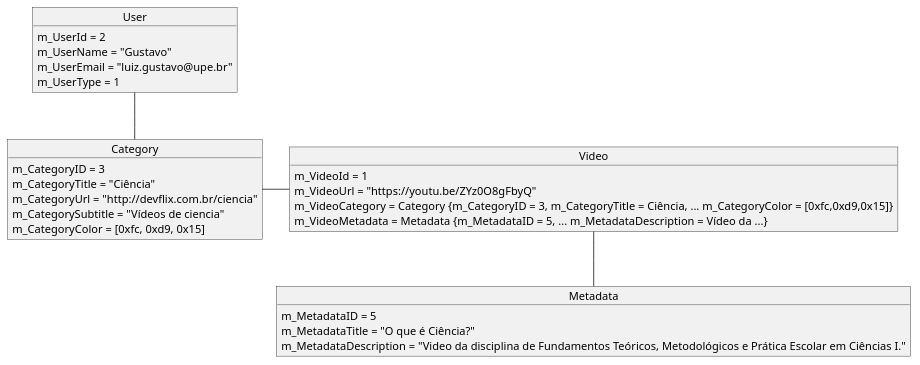
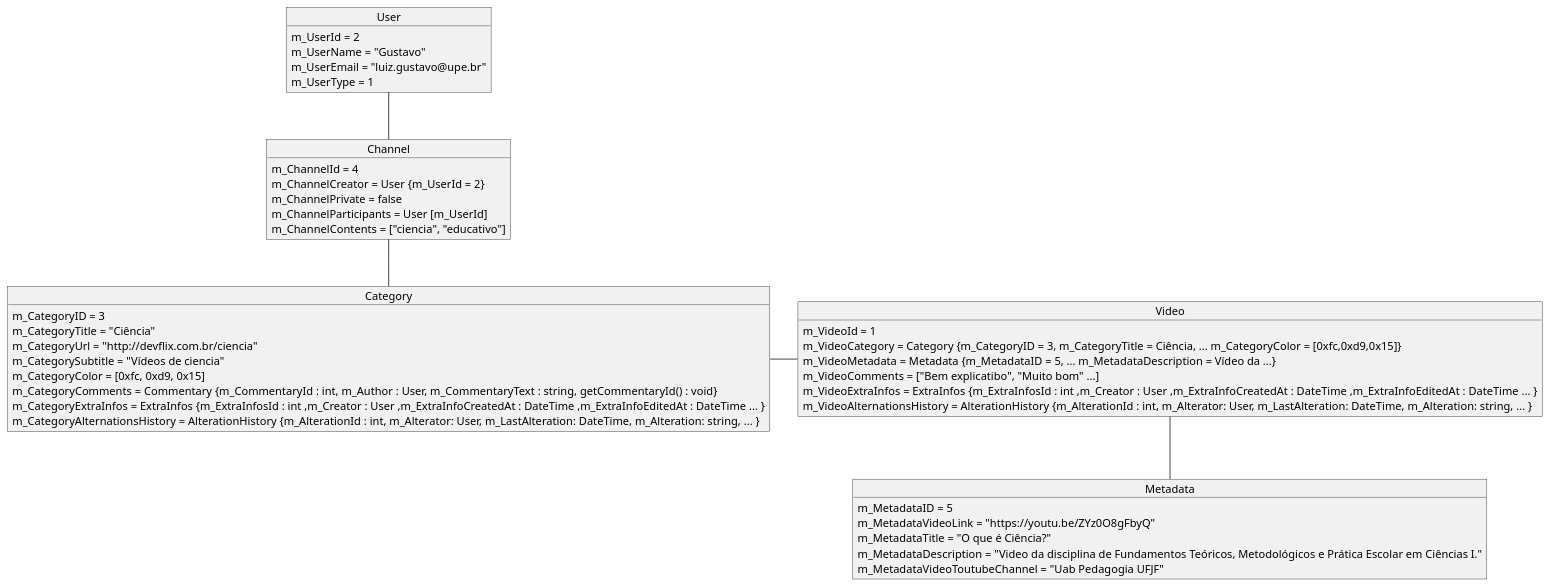
The diagram in Artefatos/Diagramas/Objetos/Diagrama_Objeto_Devflix.puml (MurylloEx/DevFlix-PSW), drawn with PlantUML before and after one commit. The commit also changed 3 other files, not shown here.

Commit message:
Atualizado Diagrama de Objeto.

```diff
--- a/Artefatos/Diagramas/Objetos/Diagrama_Objeto_Devflix.puml
+++ b/Artefatos/Diagramas/Objetos/Diagrama_Objeto_Devflix.puml
@@ -1,35 +1,51 @@
 @startuml ObjectDiagram
 
 object User {
     m_UserId = 2
     m_UserName = "Gustavo"
     m_UserEmail = "luiz.gustavo@upe.br"
     m_UserType = 1
 }
 
+object Channel {
+    m_ChannelId = 4
+    m_ChannelCreator = User {m_UserId = 2}
+    m_ChannelPrivate = false
+    m_ChannelParticipants = User [m_UserId]
+    m_ChannelContents = ["ciencia", "educativo"]
+}
+
 object Category {
     m_CategoryID = 3
     m_CategoryTitle = "Ciência"
     m_CategoryUrl = "http://devflix.com.br/ciencia"
     m_CategorySubtitle = "Vídeos de ciencia"
     m_CategoryColor = [0xfc, 0xd9, 0x15]
+    m_CategoryComments = Commentary {m_CommentaryId : int, m_Author : User, m_CommentaryText : string, getCommentaryId() : void}
+    m_CategoryExtraInfos = ExtraInfos {m_ExtraInfosId : int ,m_Creator : User ,m_ExtraInfoCreatedAt : DateTime ,m_ExtraInfoEditedAt : DateTime ... }
+    m_CategoryAlternationsHistory = AlterationHistory {m_AlterationId : int, m_Alterator: User, m_LastAlteration: DateTime, m_Alteration: string, ... }
 }
 
 object Video {
     m_VideoId = 1
-    m_VideoUrl = "https://youtu.be/ZYz0O8gFbyQ"
     m_VideoCategory = Category {m_CategoryID = 3, m_CategoryTitle = Ciência, ... m_CategoryColor = [0xfc,0xd9,0x15]}
     m_VideoMetadata = Metadata {m_MetadataID = 5, ... m_MetadataDescription = Vídeo da ...}
+    m_VideoComments = ["Bem explicatibo", "Muito bom" ...]
+    m_VideoExtraInfos = ExtraInfos {m_ExtraInfosId : int ,m_Creator : User ,m_ExtraInfoCreatedAt : DateTime ,m_ExtraInfoEditedAt : DateTime ... }
+    m_VideoAlternationsHistory = AlterationHistory {m_AlterationId : int, m_Alterator: User, m_LastAlteration: DateTime, m_Alteration: string, ... }
 }
 
 object Metadata {
     m_MetadataID = 5
+    m_MetadataVideoLink = "https://youtu.be/ZYz0O8gFbyQ"
     m_MetadataTitle = "O que é Ciência?"
     m_MetadataDescription = "Video da disciplina de Fundamentos Teóricos, Metodológicos e Prática Escolar em Ciências I."
+    m_MetadataVideoToutubeChannel = "Uab Pedagogia UFJF"
 }
 
-User -- Category
+User -- Channel
+Channel -- Category
 Category -right- Video
 Video -- Metadata
 
 @enduml
```
